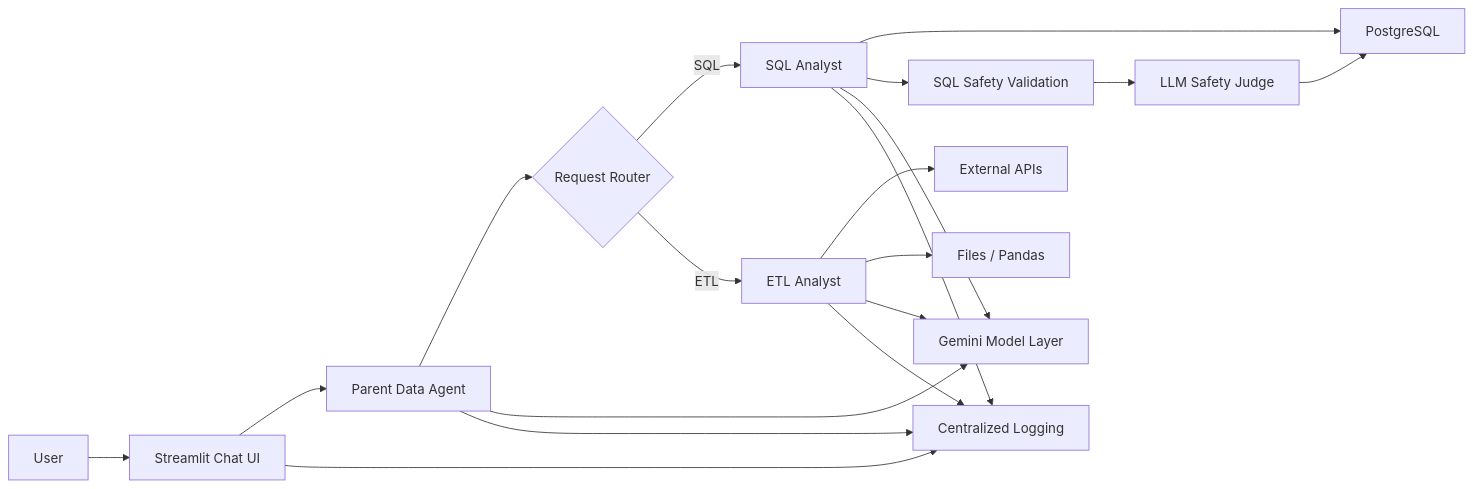
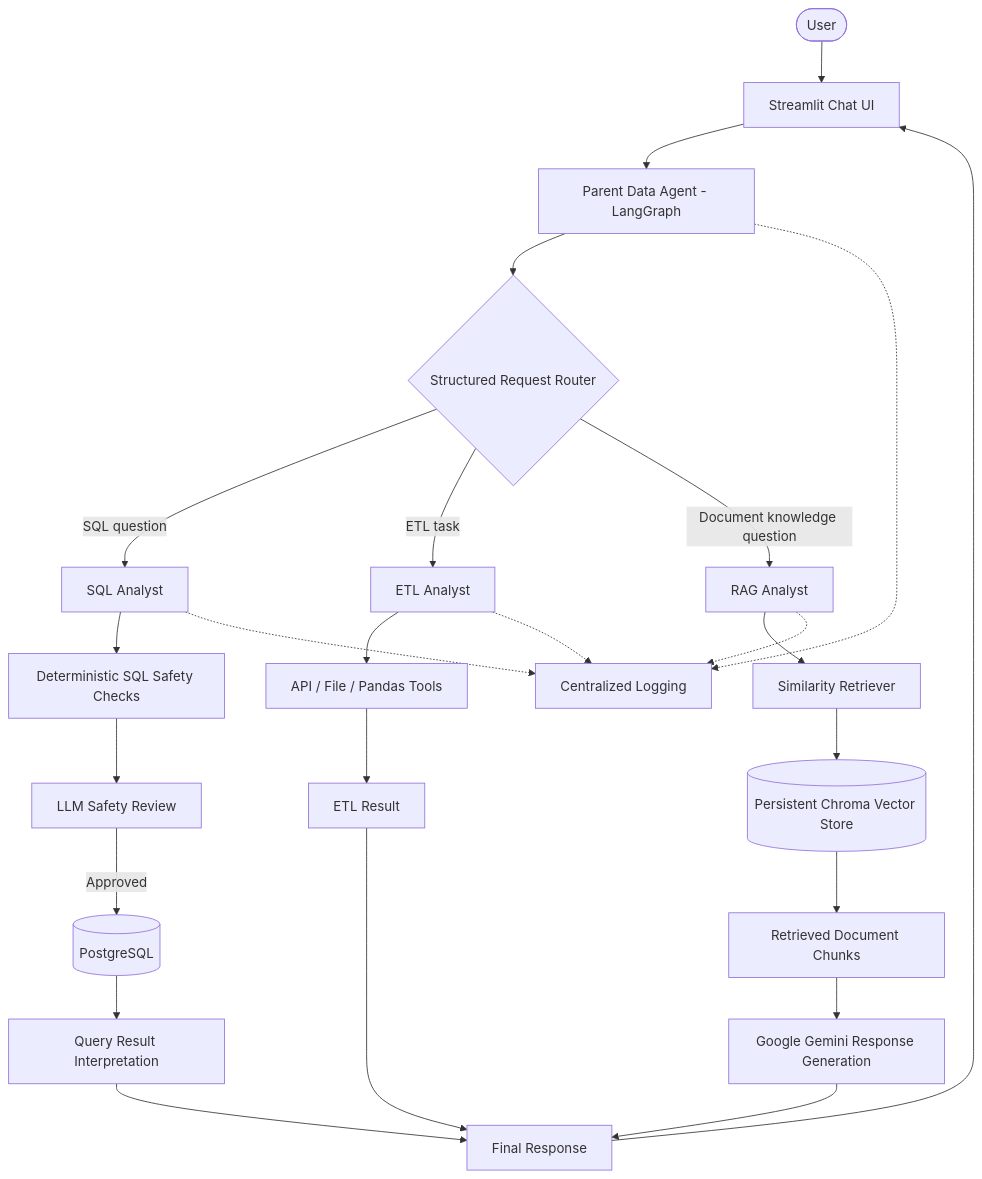
One commit to swapniltake1/agentic-data-intelligence-platform changed the first of 4 diagrams in README.md. Above: the diagram before and after it, drawn with Mermaid. The commit also changed other lines of this file, not shown here.

Commit message:
docs: professionalize README and document RAG architecture

````diff
--- a/README.md
+++ b/README.md
@@ -41,21 +50,33 @@
 ```mermaid
-flowchart LR
-    U["User"] --> UI["Streamlit Chat UI"]
-    UI --> P["Parent Data Agent"]
-    P --> R{"Request Router"}
-    R -->|SQL| S["SQL Analyst"]
-    R -->|ETL| E["ETL Analyst"]
-    S --> DB["PostgreSQL"]
-    S --> Q["SQL Safety Validation"]
-    Q --> J["LLM Safety Judge"]
-    J --> DB
-    E --> API["External APIs"]
-    E --> FILE["Files / Pandas"]
-    P --> LLM["Gemini Model Layer"]
-    S --> LLM
-    E --> LLM
-    P --> LOG["Centralized Logging"]
-    S --> LOG
-    E --> LOG
-    UI --> LOG
+flowchart TB
+    USER([User]) --> UI[Streamlit Chat UI]
+    UI --> PARENT[Parent Data Agent - LangGraph]
+    PARENT --> ROUTER{Structured Request Router}
+
+    ROUTER -->|SQL question| SQL[SQL Analyst]
+    ROUTER -->|ETL task| ETL[ETL Analyst]
+    ROUTER -->|Document knowledge question| RAG[RAG Analyst]
+
+    SQL --> GUARD[Deterministic SQL Safety Checks]
+    GUARD --> JUDGE[LLM Safety Review]
+    JUDGE -->|Approved| PG[(PostgreSQL)]
+    PG --> SQLANSWER[Query Result Interpretation]
+
+    ETL --> TOOLS[API / File / Pandas Tools]
+    TOOLS --> ETLANSWER[ETL Result]
+
+    RAG --> RETRIEVE[Similarity Retriever]
+    RETRIEVE --> CHROMA[(Persistent Chroma Vector Store)]
+    CHROMA --> CONTEXT[Retrieved Document Chunks]
+    CONTEXT --> GEMINI[Google Gemini Response Generation]
+
+    SQLANSWER --> RESPONSE[Final Response]
+    ETLANSWER --> RESPONSE
+    GEMINI --> RESPONSE
+    RESPONSE --> UI
+
+    PARENT -.-> LOGS[Centralized Logging]
+    SQL -.-> LOGS
+    ETL -.-> LOGS
+    RAG -.-> LOGS
 ```
````
